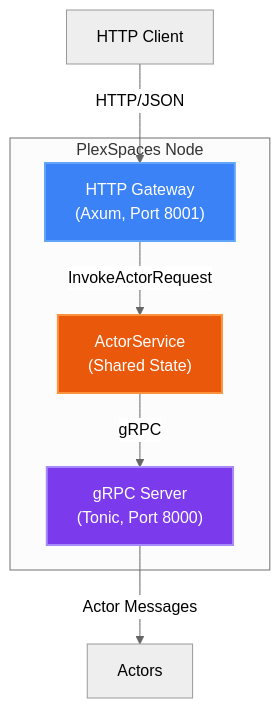
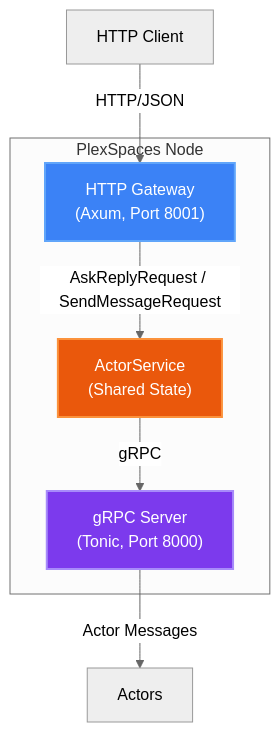
Before and after one commit to bhatti/PlexSpaces: diagram 13 of 16 in docs/architecture.md, drawn with Mermaid (neutral theme). The commit also changed other lines of this file and 81 other files, not shown here.

````diff
--- a/docs/architecture.md
+++ b/docs/architecture.md
@@ -1023,17 +1023,17 @@
 ```mermaid
 graph TB
     subgraph Node["PlexSpaces Node"]
         HTTP["HTTP Gateway<br/>(Axum, Port 8001)"]
         GRPC["gRPC Server<br/>(Tonic, Port 8000)"]
         Service["ActorService<br/>(Shared State)"]
     end
     
     Client["HTTP Client"] -->|"HTTP/JSON"| HTTP
-    HTTP -->|"InvokeActorRequest"| Service
+    HTTP -->|"AskReplyRequest / SendMessageRequest"| Service
     Service -->|"gRPC"| GRPC
     GRPC -->|"Actor Messages"| Actors["Actors"]
     
     style HTTP fill:#3b82f6,stroke:#60a5fa,stroke-width:2px,color:#fff
     style GRPC fill:#7c3aed,stroke:#a78bfa,stroke-width:2px,color:#fff
     style Service fill:#ea580c,stroke:#fb923c,stroke-width:2px,color:#fff
 ```
````
